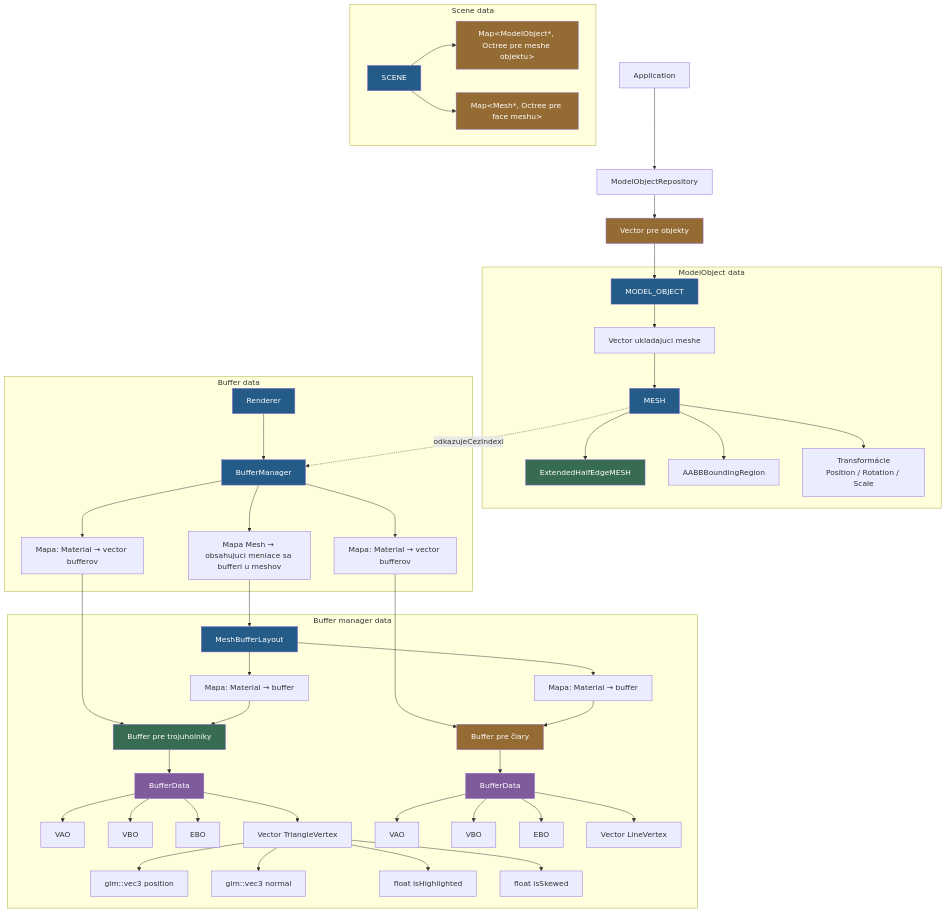
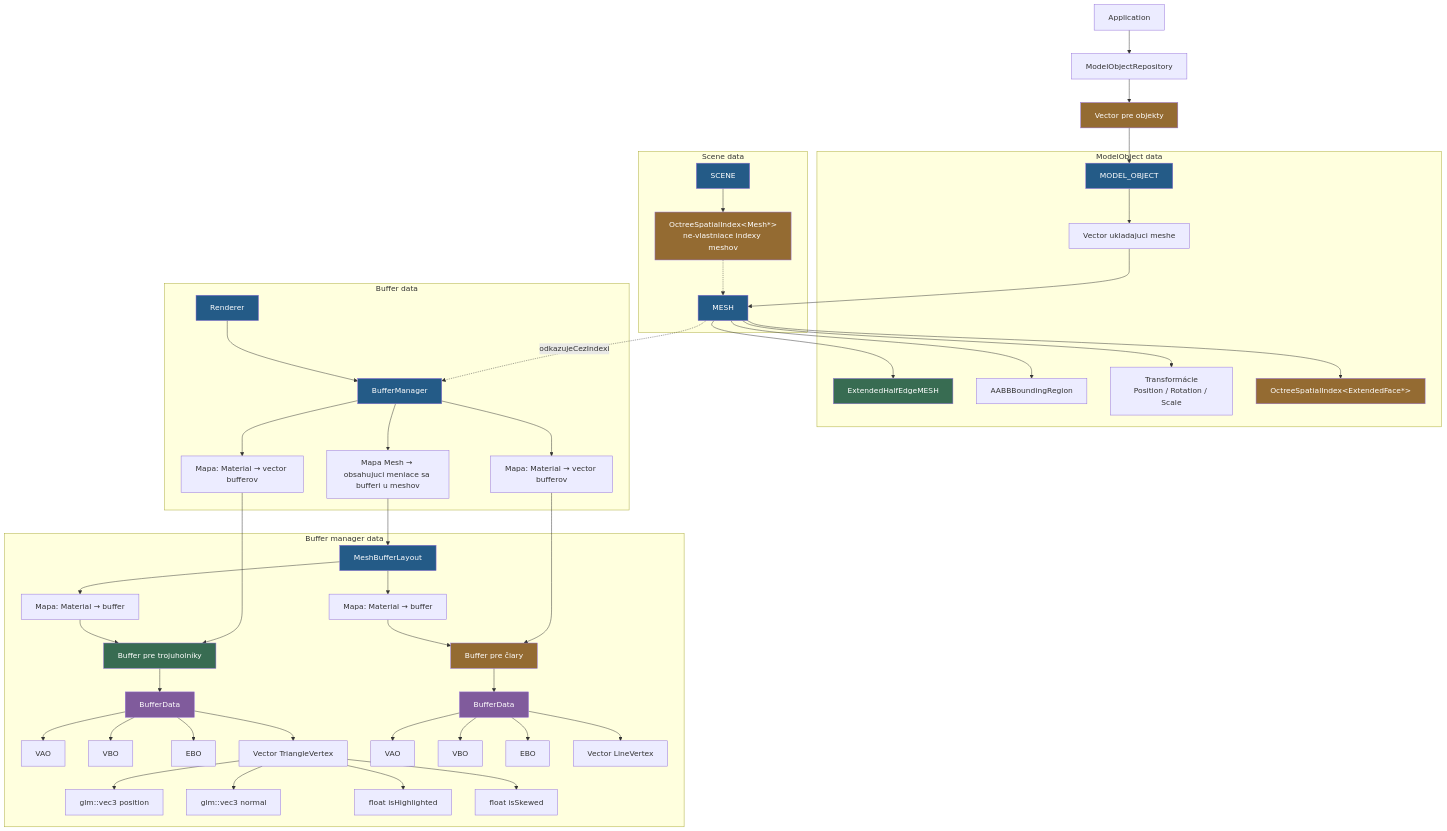
One commit to iomko/SurfaceEditor changed the diagram in docs/StrukturaObjektovVProjekte/planovane/diagramy/struktura.md. Above: the diagram before and after it, drawn with Mermaid. The commit also changed 6 other files, not shown here.

````diff
--- a/docs/StrukturaObjektovVProjekte/planovane/diagramy/struktura.md
+++ b/docs/StrukturaObjektovVProjekte/planovane/diagramy/struktura.md
@@ -1,74 +1,75 @@
 ```mermaid
 flowchart TB
 
     Application --> ModelObjectRepository
     ModelObjectRepository --> VecObj["Vector pre objekty"] --> MODEL_OBJECT
 
     subgraph SCENE_DATA["Scene data"]
-        SCENE --> OCTREEMESH["Map&lt;ModelObject*, Octree pre meshe objektu&gt"]
-        SCENE --> OCTREEFACE["Map&lt;Mesh*, Octree pre face meshu&gt"]
+        SCENE --> OCTREEMESH["OctreeSpatialIndex&lt;Mesh*&gt;<br/>ne-vlastniace indexy meshov"]
+        OCTREEMESH -.-> MESH
     end
 
     subgraph MODEL_OBJECT_DATA["ModelObject data"]
         MODEL_OBJECT --> VECMESH["Vector ukladajuci meshe"] --> MESH
     
         MESH--> HEM["ExtendedHalfEdgeMESH"]
         MESH --> AABB["AABBBoundingRegion"]
         MESH --> TRANS["Transformácie<br/>Position / Rotation / Scale"]
+        MESH --> OCTREEFACE["OctreeSpatialIndex&lt;ExtendedFace*&gt;"]
     end
     MESH .->|odkazujeCezIndexi| BufferManager
 
     style SCENE fill:#245b87,color:#fff
     style MESH fill:#245b87,color:#fff
     style MODEL_OBJECT fill:#245b87,color:#fff
     style HEM fill:#386c52,color:#fff
     style MBL fill:#805b9c,color:#fff
     style VecObj fill:#946b32,color:#fff
     style OCTREEMESH fill:#946b32,color:#fff
     style OCTREEFACE fill:#946b32,color:#fff  
 
     subgraph BUFFER_DATA["Buffer data"]
         Renderer --> BufferManager
 
         BufferManager --> TM["Mapa: Material → vector bufferov"]
         BufferManager --> LM["Mapa: Material → vector bufferov"]
         BufferManager --> MeshBMAP["Mapa Mesh → obsahujuci meniace sa bufferi u meshov"]
     end
 
     subgraph BUFFER_MANGER_DATA["Buffer manager data"]
         MeshBMAP --> MBL["MeshBufferLayout"]
         MBL --> TM2["Mapa: Material → buffer"]
         MBL --> LM2["Mapa: Material → buffer"]
 
         TM --> TBUF["Buffer pre trojuholníky"]
         TM2 --> TBUF
         LM --> LBUF["Buffer pre čiary"]
         LM2 --> LBUF
 
         TBUF --> TD["BufferData"]
         LBUF --> LD["BufferData"]
 
         TD --> TVAO["VAO"]
         TD --> TVBO["VBO"]
         TD --> TEBO["EBO"]
         TD --> TV["Vector TriangleVertex"]
 
         LD --> LVAO["VAO"]
         LD --> LVBO["VBO"]
         LD --> LEBO["EBO"]
         LD --> LV["Vector LineVertex"]
 
         TV --> TPOS["glm::vec3 position"]
         TV --> TNORM["glm::vec3 normal"]
         TV --> TH["float isHighlighted"]
         TV --> TS["float isSkewed"]
     end
     style Renderer fill:#245b87,color:#fff
     style MBL fill:#245b87,color:#fff
     style BufferManager fill:#245b87,color:#fff
     style TBUF fill:#386c52,color:#fff
     style LBUF fill:#946b32,color:#fff
     style TD fill:#805b9c,color:#fff
     style LD fill:#805b9c,color:#fff
     style LD fill:#805b9c,color:#fff
 ```
````
